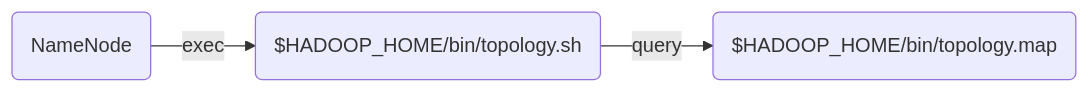
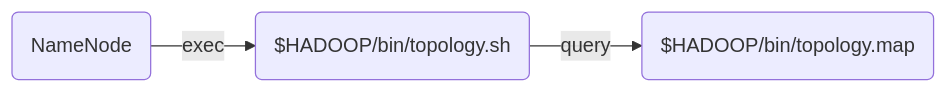
Before and after one commit to lzztt/onenow: the second of 2 diagrams in frontend/public/doc/hdfs.md, drawn with Mermaid. The commit also changed other lines of this file and 3 other files, not shown here.

````diff
--- a/frontend/public/doc/hdfs.md
+++ b/frontend/public/doc/hdfs.md
@@ -92,5 +103,5 @@
 ```mermaid
 flowchart LR
-    A(NameNode) -- exec --> B($HADOOP_HOME/bin/topology.sh)
-    B -- query --> C($HADOOP_HOME/bin/topology.map)
+    A(NameNode) -- exec --> B($HADOOP/bin/topology.sh)
+    B -- query --> C($HADOOP/bin/topology.map)
 ```
````
